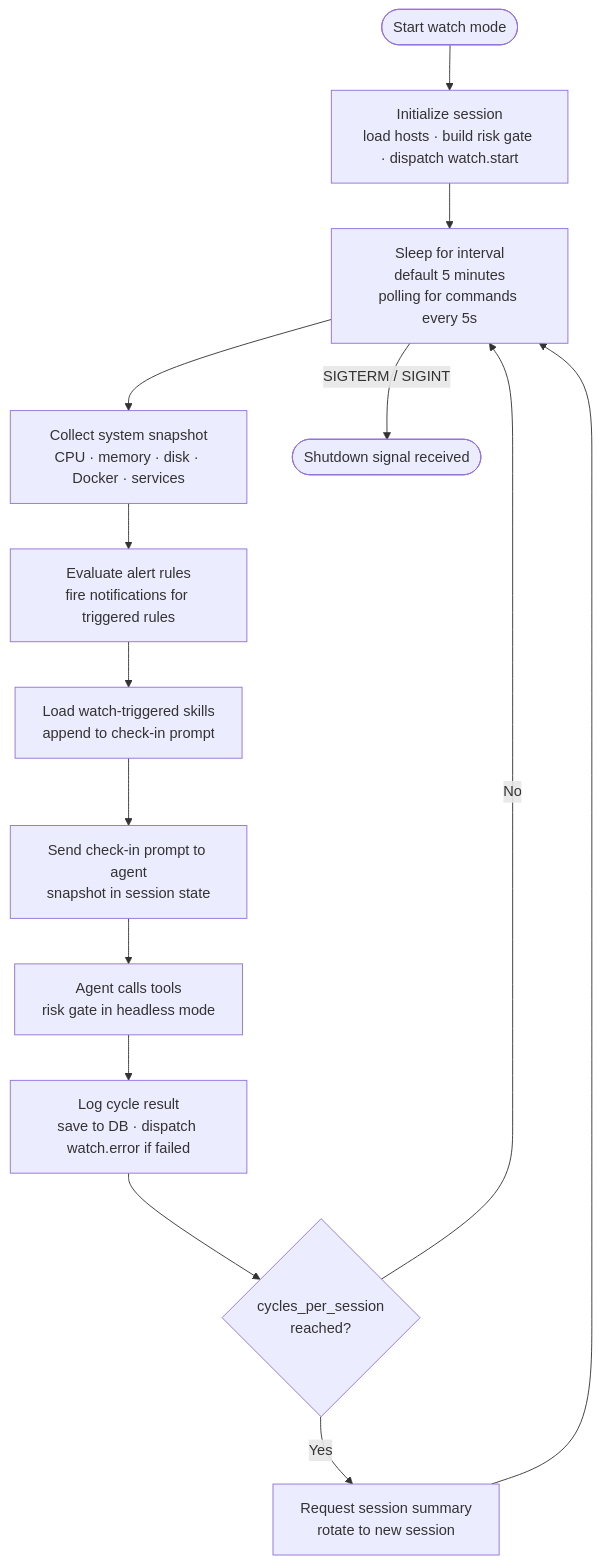
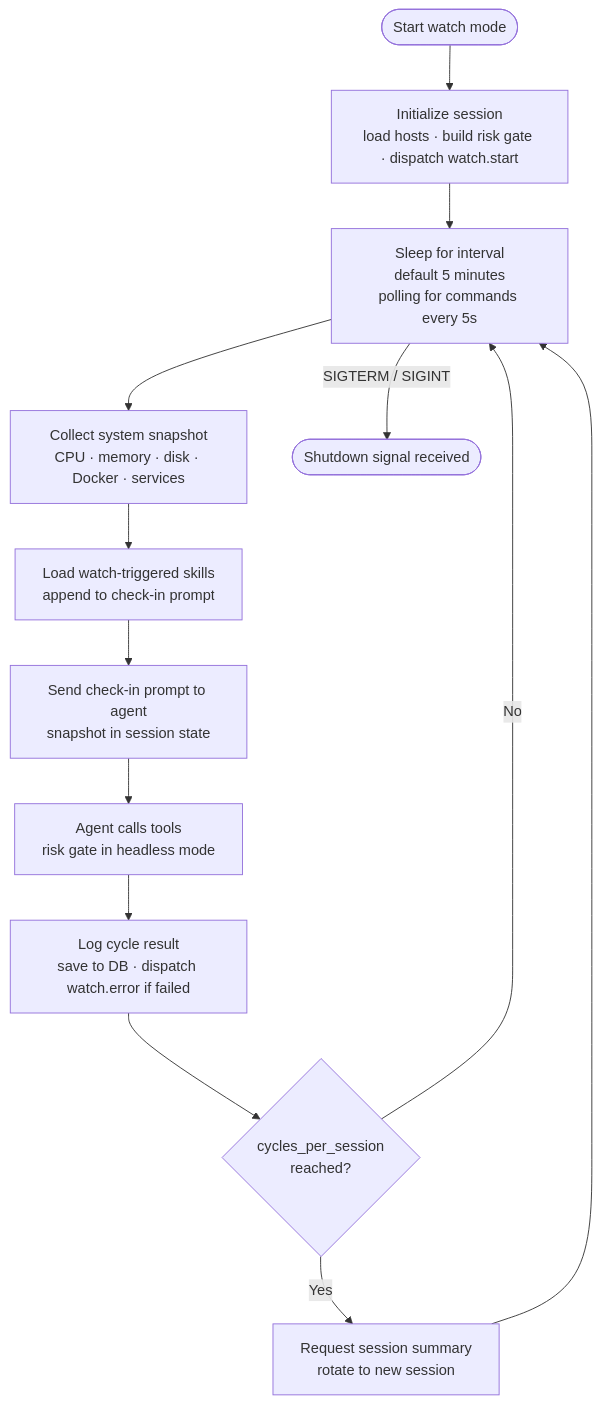
The fifth of 5 diagrams in docs/architecture.md (willdah/squire), drawn with Mermaid before and after one commit. The commit also changed other lines of this file and 34 other files, not shown here.

````diff
--- a/docs/architecture.md
+++ b/docs/architecture.md
@@ -192,23 +192,22 @@
 ```mermaid
 flowchart TD
     START([Start watch mode])
     INIT[Initialize session<br/>load hosts · build risk gate · dispatch watch.start]
     SLEEP[Sleep for interval<br/>default 5 minutes<br/>polling for commands every 5s]
     SNAP[Collect system snapshot<br/>CPU · memory · disk · Docker · services]
-    ALERT[Evaluate alert rules<br/>fire notifications for triggered rules]
     SKILL[Load watch-triggered skills<br/>append to check-in prompt]
     LLM[Send check-in prompt to agent<br/>snapshot in session state]
     TOOLS[Agent calls tools<br/>risk gate in headless mode]
     LOG[Log cycle result<br/>save to DB · dispatch watch.error if failed]
     ROT{cycles_per_session<br/>reached?}
     SUMM[Request session summary<br/>rotate to new session]
     STOP([Shutdown signal received])
 
     START --> INIT --> SLEEP
     SLEEP --> SNAP
-    SNAP --> ALERT --> SKILL --> LLM
+    SNAP --> SKILL --> LLM
     LLM --> TOOLS --> LOG --> ROT
     ROT -->|No| SLEEP
     ROT -->|Yes| SUMM --> SLEEP
     SLEEP -->|SIGTERM / SIGINT| STOP
 ```
````
